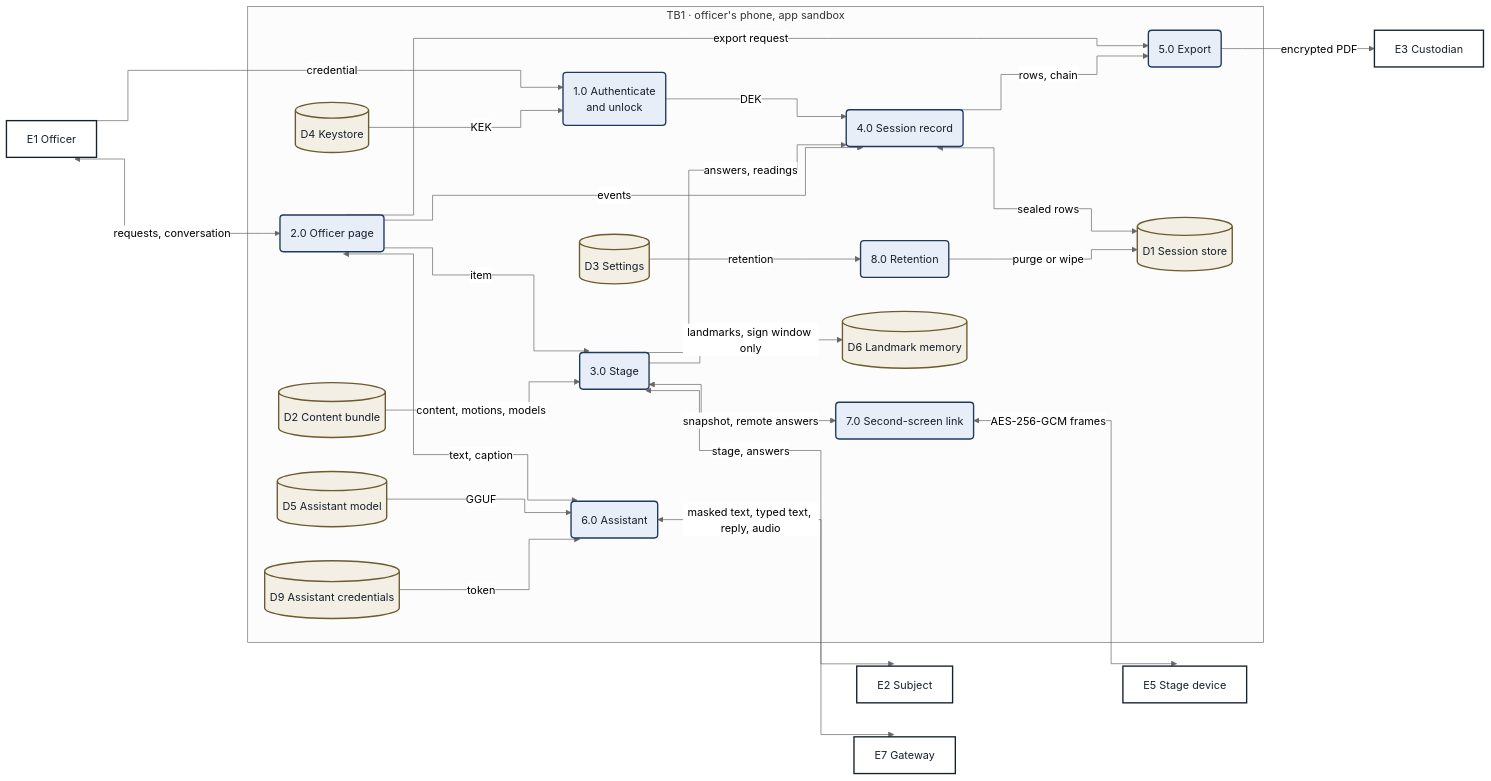
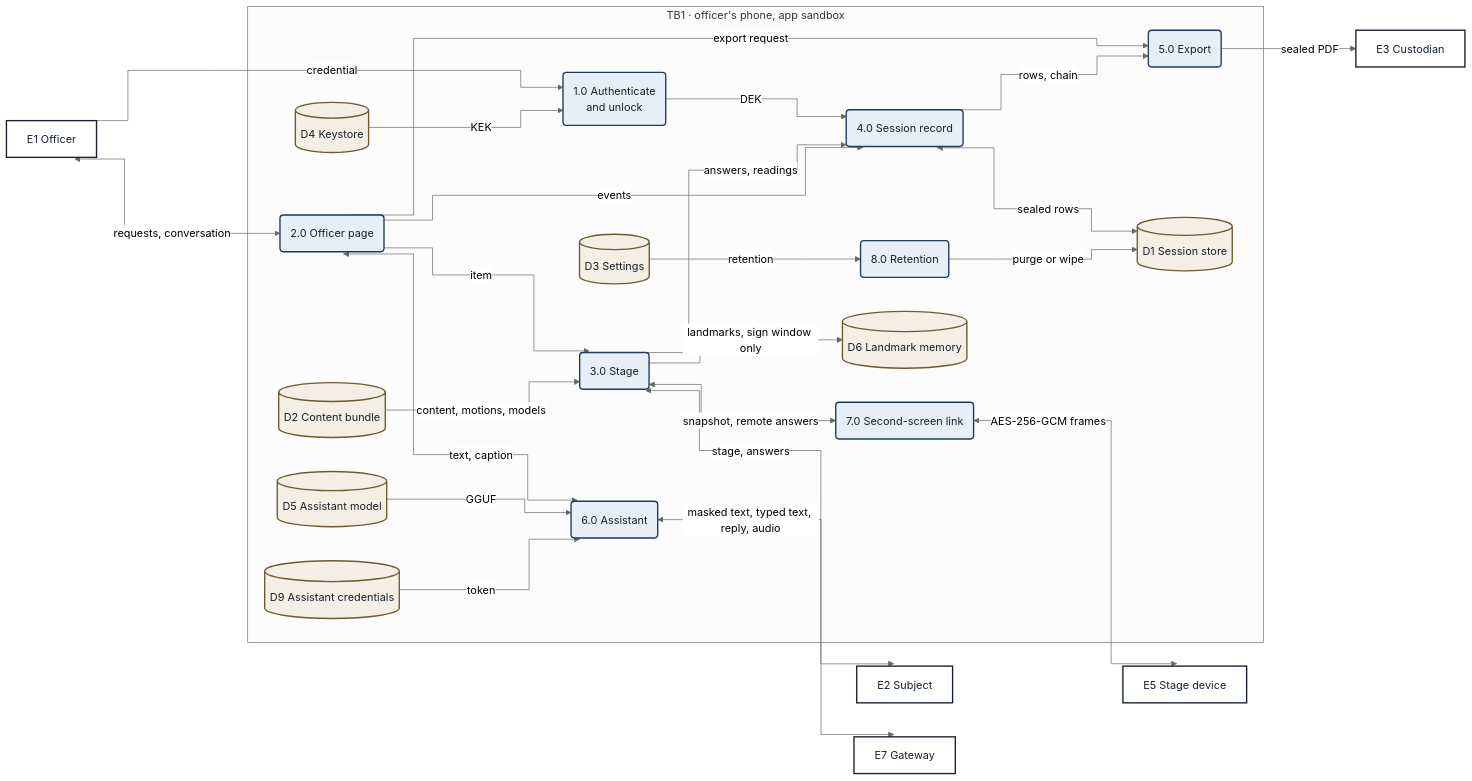
One commit to Yash-Awasthi/sign-setu changed the third of 3 diagrams in docs/README.md. Above: the diagram before and after it, drawn with Mermaid (neutral theme). The commit also changed other lines of this file and 29 other files, not shown here.

````diff
--- a/docs/README.md
+++ b/docs/README.md
@@ -166,51 +166,51 @@
 ```mermaid
 %%{init: {"flowchart": {"curve": "step"}}}%%
 flowchart LR
     subgraph TB1["TB1 · officer's phone, app sandbox"]
         P1("1.0 Authenticate<br/>and unlock"):::proc
         P2("2.0 Officer page"):::proc
         P3("3.0 Stage"):::proc
         P4("4.0 Session record"):::proc
         P5("5.0 Export"):::proc
         P6("6.0 Assistant"):::proc
         P7("7.0 Second-screen link"):::proc
         P8("8.0 Retention"):::proc
         D1[("D1 Session store")]:::store
         D2[("D2 Content bundle")]:::store
         D3[("D3 Settings")]:::store
         D4[("D4 Keystore")]:::store
         D5[("D5 Assistant model")]:::store
         D6[("D6 Landmark memory")]:::store
         D9[("D9 Assistant credentials")]:::store
     end
     E1["E1 Officer"]:::ent
     E2["E2 Subject"]:::ent
     E5["E5 Stage device"]:::ent
     E7["E7 Gateway"]:::ent
     E3["E3 Custodian"]:::ent
     E1 -- "credential" --> P1
     D4 -- "KEK" --> P1
     P1 -- "DEK" --> P4
     E1 <-- "requests, conversation" --> P2
     P2 -- "item" --> P3
     D2 -- "content, motions, models" --> P3
     P3 <-- "stage, answers" --> E2
     P3 -- "landmarks, sign window only" --> D6
     P3 -- "answers, readings" --> P4
     P2 -- "events" --> P4
     P4 <-- "sealed rows" --> D1
     P2 <-- "text, caption" --> P6
     D5 -- "GGUF" --> P6
     D9 -- "token" --> P6
     P6 <-- "masked text, typed text, reply, audio" --> E7
     P3 <-- "snapshot, remote answers" --> P7
     P7 <-- "AES-256-GCM frames" --> E5
     P2 -- "export request" --> P5
     P4 -- "rows, chain" --> P5
-    P5 -- "encrypted PDF" --> E3
+    P5 -- "sealed PDF" --> E3
     D3 -- "retention" --> P8
     P8 -- "purge or wipe" --> D1
     classDef ent fill:#ffffff,stroke:#16202e,stroke-width:2px,color:#16202e
     classDef proc fill:#e8eef7,stroke:#1f3a5f,stroke-width:2px,color:#16202e
     classDef store fill:#f3efe4,stroke:#6b5b2e,stroke-width:2px,color:#16202e
 ```
````
